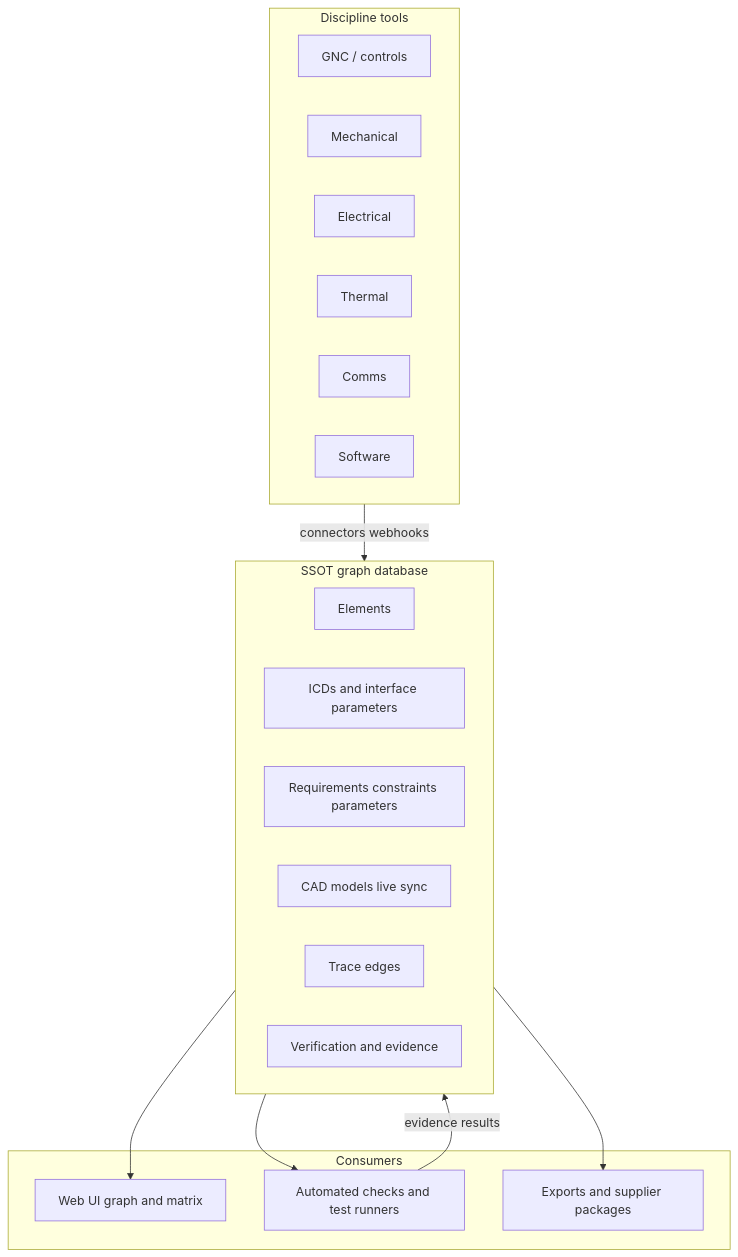
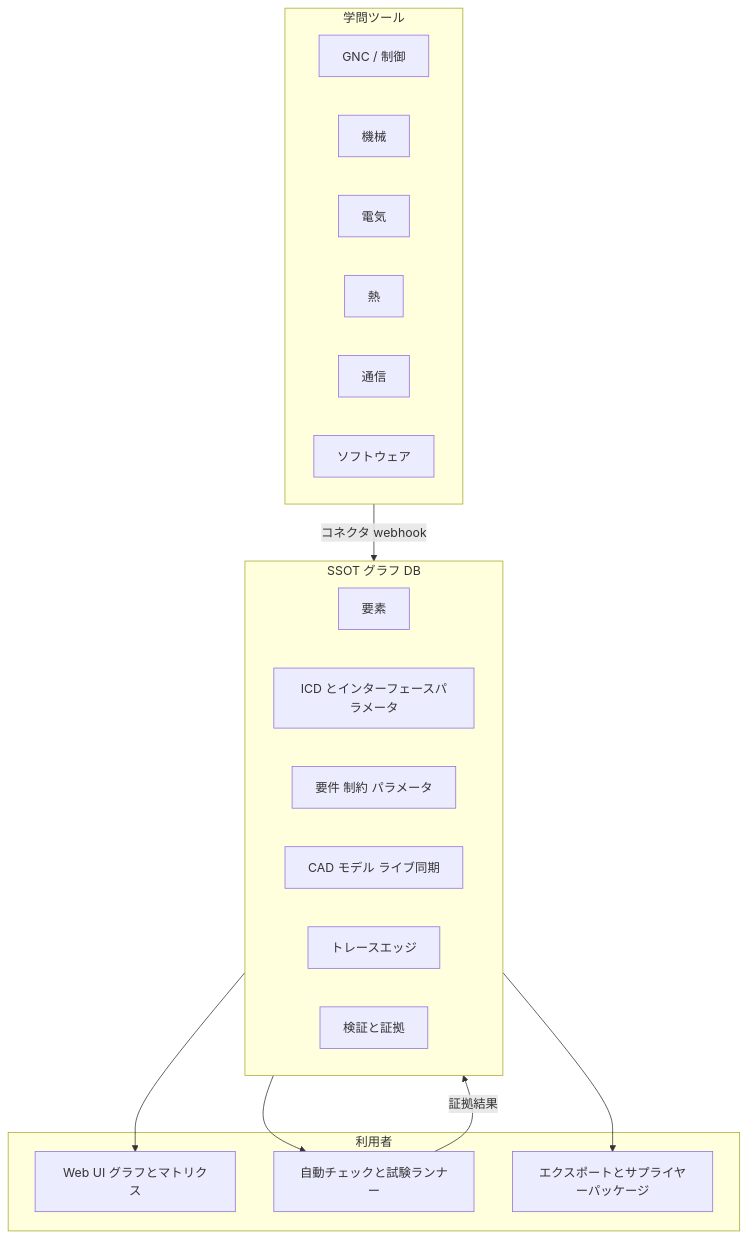
Before and after one commit to hirototamura/one-piece: the second of 6 diagrams in docs/INFORMATION_ARCHITECTURE.md, drawn with Mermaid. The commit also changed other lines of this file and 16 other files, not shown here.

````diff
--- a/docs/INFORMATION_ARCHITECTURE.md
+++ b/docs/INFORMATION_ARCHITECTURE.md
@@ -103,32 +103,32 @@
 ```mermaid
 flowchart TB
-  subgraph tools [Discipline tools]
-    GNC[GNC / controls]
-    ME[Mechanical]
-    EE[Electrical]
-    TH[Thermal]
-    COM[Comms]
-    SW[Software]
+  subgraph tools [学問ツール]
+    GNC[GNC / 制御]
+    ME[機械]
+    EE[電気]
+    TH[熱]
+    COM[通信]
+    SW[ソフトウェア]
   end
 
-  subgraph ssot [SSOT graph database]
-    EL[Elements]
-    ICD[ICDs and interface parameters]
-    REQ[Requirements constraints parameters]
-    CAD[CAD models live sync]
-    TR[Trace edges]
-    VV[Verification and evidence]
+  subgraph ssot [SSOT グラフ DB]
+    EL[要素]
+    ICD[ICD とインターフェースパラメータ]
+    REQ[要件 制約 パラメータ]
+    CAD[CAD モデル ライブ同期]
+    TR[トレースエッジ]
+    VV[検証と証拠]
   end
 
-  subgraph consumers [Consumers]
-    UI[Web UI graph and matrix]
-    CI[Automated checks and test runners]
-    EXP[Exports and supplier packages]
+  subgraph consumers [利用者]
+    UI[Web UI グラフとマトリクス]
+    CI[自動チェックと試験ランナー]
+    EXP[エクスポートとサプライヤーパッケージ]
   end
 
-  tools -->|connectors webhooks| ssot
+  tools -->|コネクタ webhook| ssot
   ssot --> UI
   ssot --> CI
   ssot --> EXP
-  CI -->|evidence results| ssot
+  CI -->|証拠結果| ssot
 ```
````
